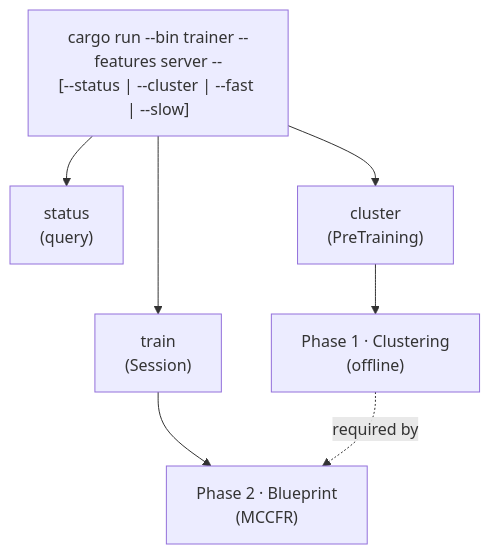
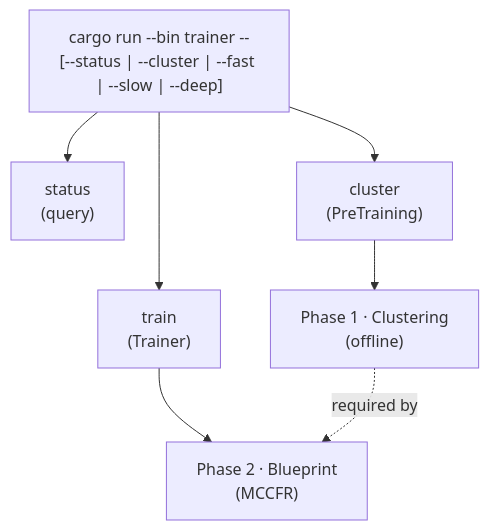
The first of 9 diagrams in crates/forge/README.md (krukah/robopoker), drawn with Mermaid before and after one commit. The commit also changed other lines of this file and 26 other files, not shown here.

````diff
--- a/crates/forge/README.md
+++ b/crates/forge/README.md
@@ -7,10 +7,10 @@
 ```mermaid
 flowchart TD
-  T["cargo run --bin trainer --features server --<br/>[--status | --cluster | --fast | --slow]"]
+  T["cargo run --bin trainer --<br/>[--status | --cluster | --fast | --slow | --deep]"]
   T --> S["status<br/>(query)"]
   T --> C["cluster<br/>(PreTraining)"]
-  T --> TR["train<br/>(Session)"]
+  T --> TR["train<br/>(Trainer)"]
   C --> P1["Phase 1 · Clustering<br/>(offline)"]
   TR --> P2["Phase 2 · Blueprint<br/>(MCCFR)"]
   P1 -.->|required by| P2
 ```
````
